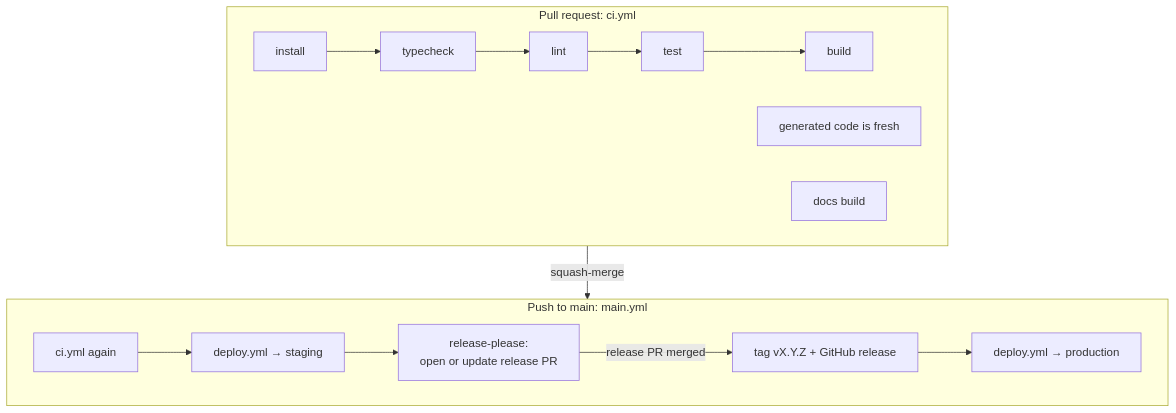
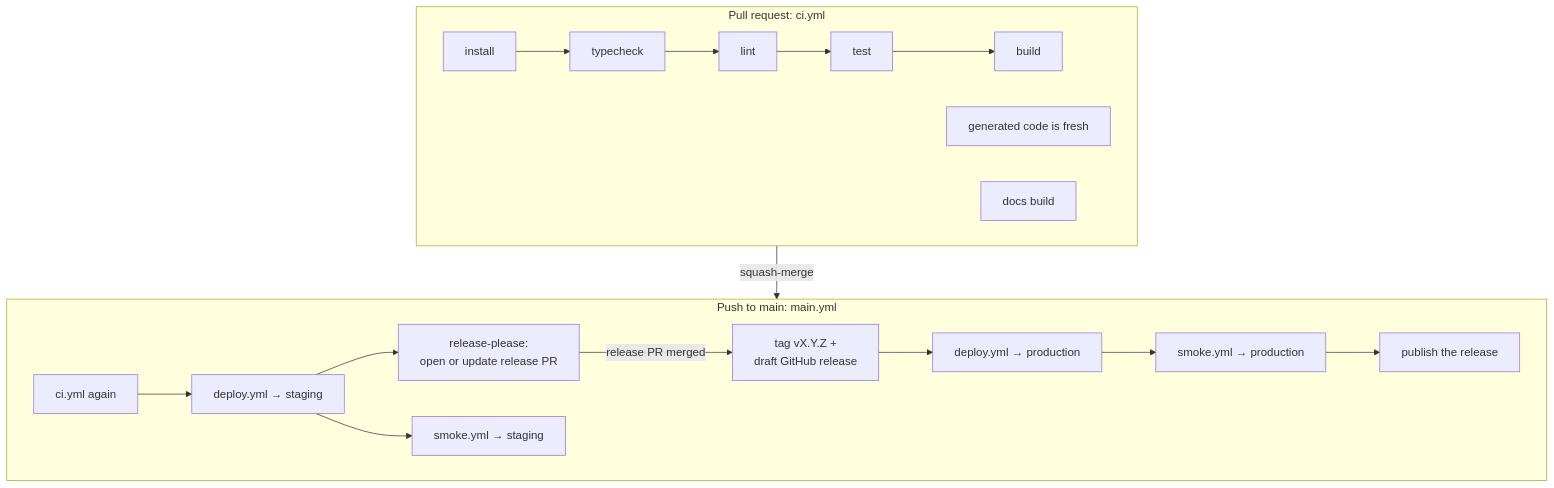
One commit to alilibx/agentic-development-workflow changed the diagram in docs/delivery/ci-cd.md. Above: the diagram before and after it, drawn with Mermaid. The commit also changed other lines of this file and 10 other files, not shown here.

First line of the commit message:
fix(templates): per-tier deploy secrets, draft-until-live releases, alerts, smoke and SHA-pinned actions (ADA-379)

````diff
--- a/docs/delivery/ci-cd.md
+++ b/docs/delivery/ci-cd.md
@@ -7,13 +7,15 @@
 ```mermaid
 flowchart TB
   subgraph PR["Pull request: ci.yml"]
     A[install] --> B[typecheck] --> C[lint] --> D[test] --> E[build]
     F[generated code is fresh]
     G[docs build]
   end
   subgraph MAIN["Push to main: main.yml"]
     H[ci.yml again] --> I["deploy.yml → staging"] --> J["release-please:<br/>open or update release PR"]
-    J -->|"release PR merged"| K["tag vX.Y.Z + GitHub release"] --> L["deploy.yml → production"]
+    I --> SS["smoke.yml → staging"]
+    J -->|"release PR merged"| K["tag vX.Y.Z +<br/>draft GitHub release"] --> L["deploy.yml → production"]
+    L --> SP["smoke.yml → production"] --> PUB["publish the release"]
   end
   PR -->|squash-merge| MAIN
 ```
````
